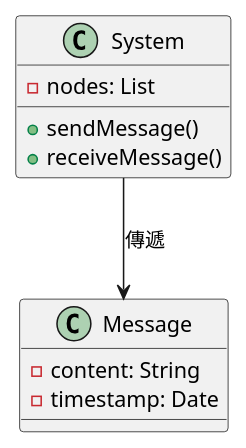
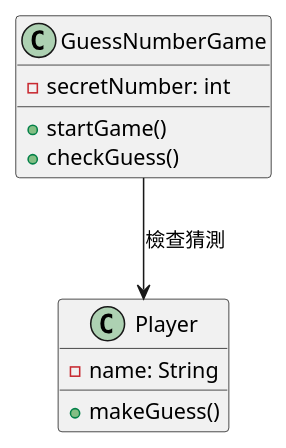
One commit to fine5351/info-sync changed the first of 3 diagrams in doc/learning/architecture/cap_theory_tutorial.md. Above: the diagram before and after it, drawn with PlantUML. The commit also changed other lines of this file and 35 other files, not shown here.

````diff
--- a/doc/learning/architecture/cap_theory_tutorial.md
+++ b/doc/learning/architecture/cap_theory_tutorial.md
@@ -17,16 +17,16 @@
 ```plantuml
 @startuml
-class System {
-    - nodes: List
-    + sendMessage()
-    + receiveMessage()
+class GuessNumberGame {
+    - secretNumber: int
+    + startGame()
+    + checkGuess()
 }
 
-class Message {
-    - content: String
-    - timestamp: Date
+class Player {
+    - name: String
+    + makeGuess()
 }
 
-System --> Message : 傳遞
+GuessNumberGame --> Player : 檢查猜測
 @enduml
 ```
````
